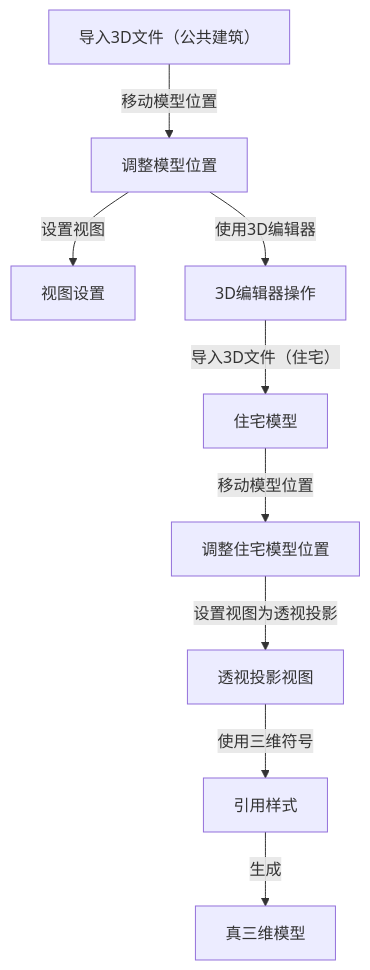
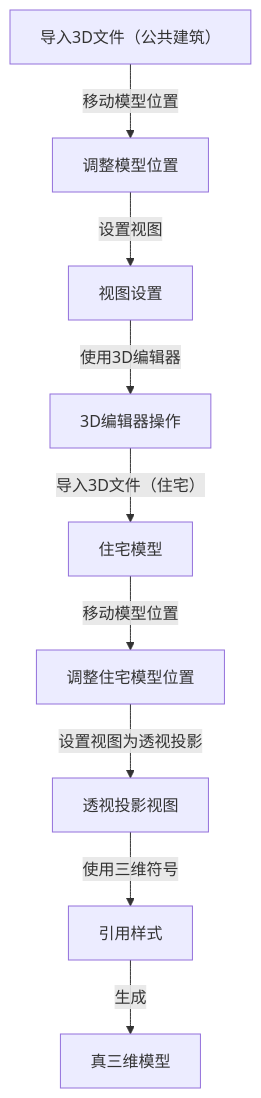
Before and after one commit to newguser/iodraw-files: the diagram in all/未命名.md, drawn with Mermaid.

Commit message:
2025-02-27 21:57:16 update

````diff
--- a/all/未命名.md
+++ b/all/未命名.md
@@ -1,11 +1,11 @@
 ```mermaid
 graph TD
     A[导入3D文件（公共建筑）] -->|移动模型位置| B[调整模型位置]
     B -->|设置视图| C[视图设置]
-    B -->|使用3D编辑器| D[3D编辑器操作]
+    C -->|使用3D编辑器| D[3D编辑器操作]
     D -->|导入3D文件（住宅）| E[住宅模型]
     E -->|移动模型位置| F[调整住宅模型位置]
     F -->|设置视图为透视投影| G[透视投影视图]
     G -->|使用三维符号| H[引用样式]
     H -->|生成| I[真三维模型]
 ```
````
